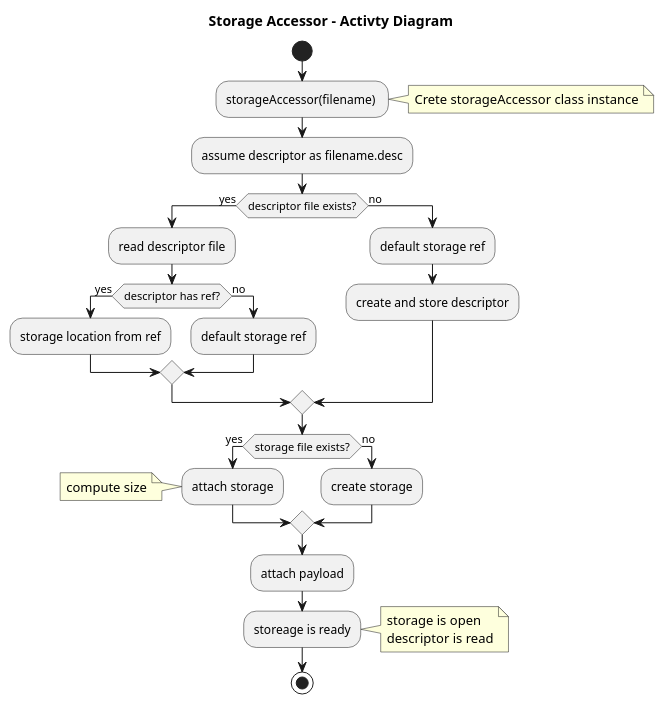
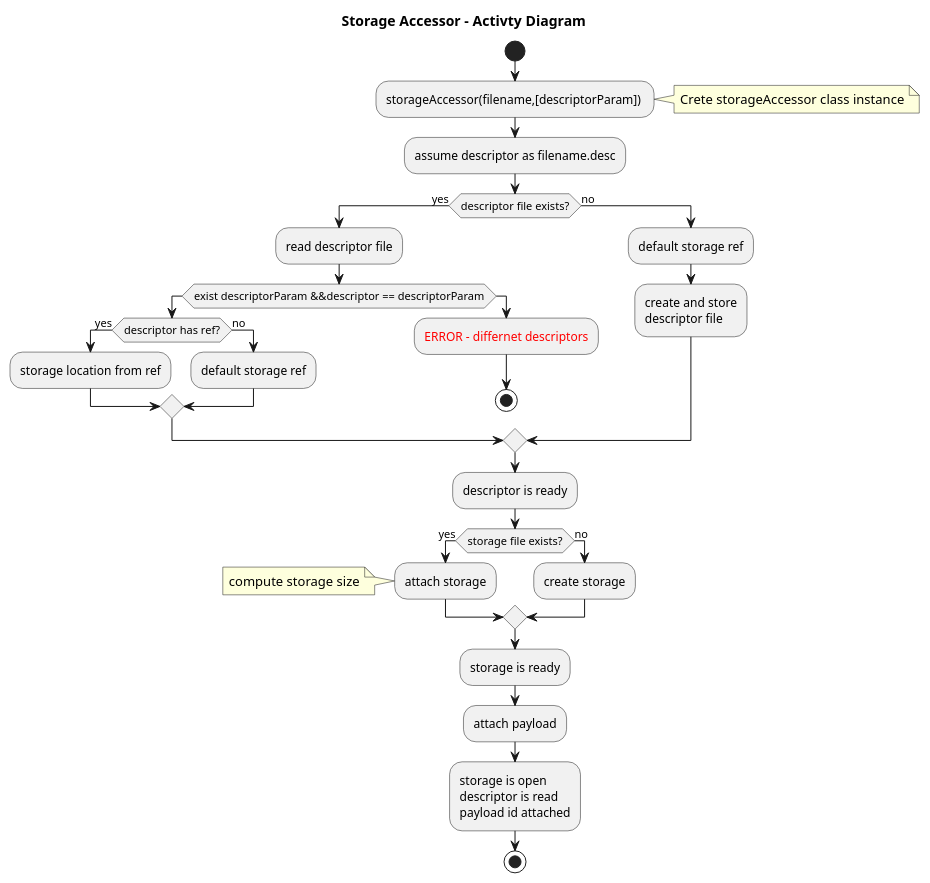
One commit to michalwidera/retractordb changed the diagram in src/rdb/UML/rdb-storageaccessor.puml. Above: the diagram before and after it, drawn with PlantUML.

```diff
--- a/src/rdb/UML/rdb-storageaccessor.puml
+++ b/src/rdb/UML/rdb-storageaccessor.puml
@@ -1,43 +1,51 @@
 @startuml
 
 title Storage Accessor - Activty Diagram
 
 
 start
 
-:storageAccessor(filename) ;
+:storageAccessor(filename,[descriptorParam]) ;
 note right: Crete storageAccessor class instance
 
 :assume descriptor as filename.desc;
 
 if (descriptor file exists?) then (yes)
   :read descriptor file;
-  if (descriptor has ref?) then (yes)
-    :storage location from ref;
-  else (no)
-    :default storage ref;
+  if (exist descriptorParam &&descriptor == descriptorParam)
+    if (descriptor has ref?) then (yes)
+      :storage location from ref;
+    else (no)
+      :default storage ref;
+    endif
+  else
+    :<color:red>ERROR - differnet descriptors;
+    stop
   endif
 else (no)
   :default storage ref;
-  :create and store descriptor;
+  :create and store
+  descriptor file;
 endif
 
+:descriptor is ready;
 
 if (storage file exists?) then (yes)
   :attach storage;
-  note left: compute size
+  note left: compute storage size
 else (no)
   :create storage;
 endif
 
+:storage is ready;
+
 :attach payload;
 
-:storeage is ready;
-note right
-storage is open
+
+:storage is open
 descriptor is read
-end note
+payload id attached;
 
 stop
 
 @enduml
```
